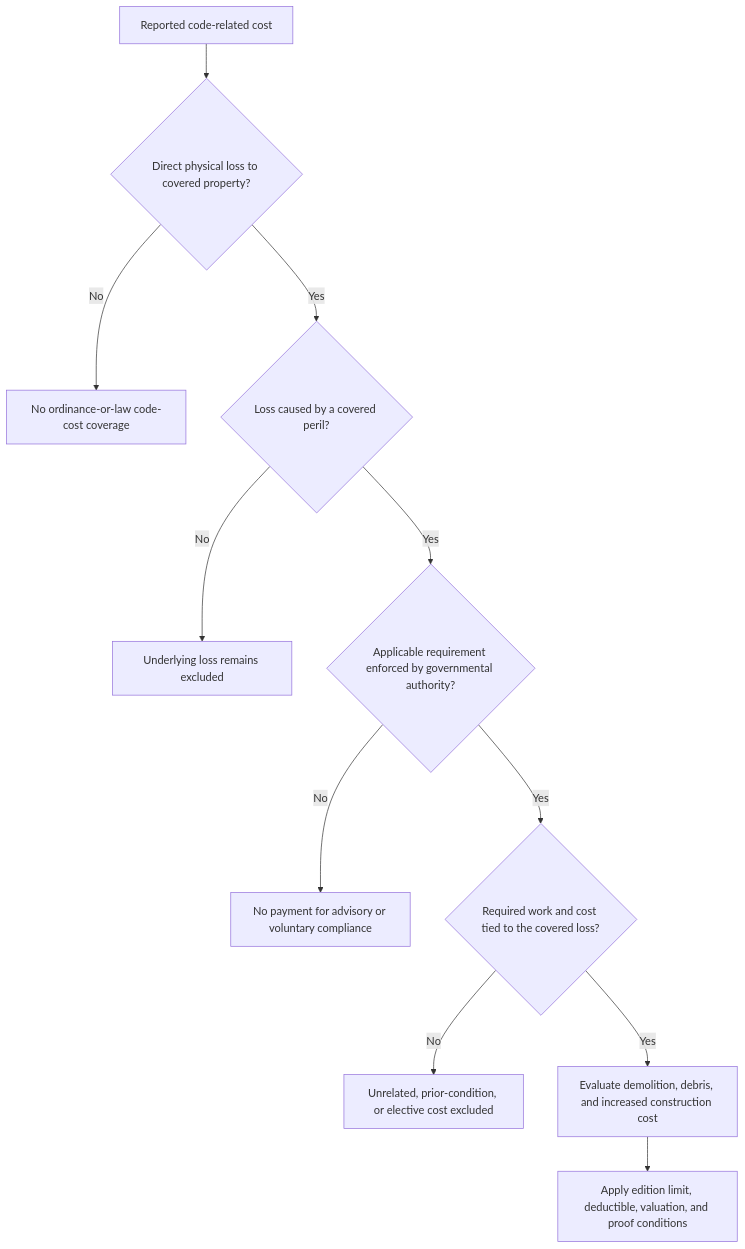
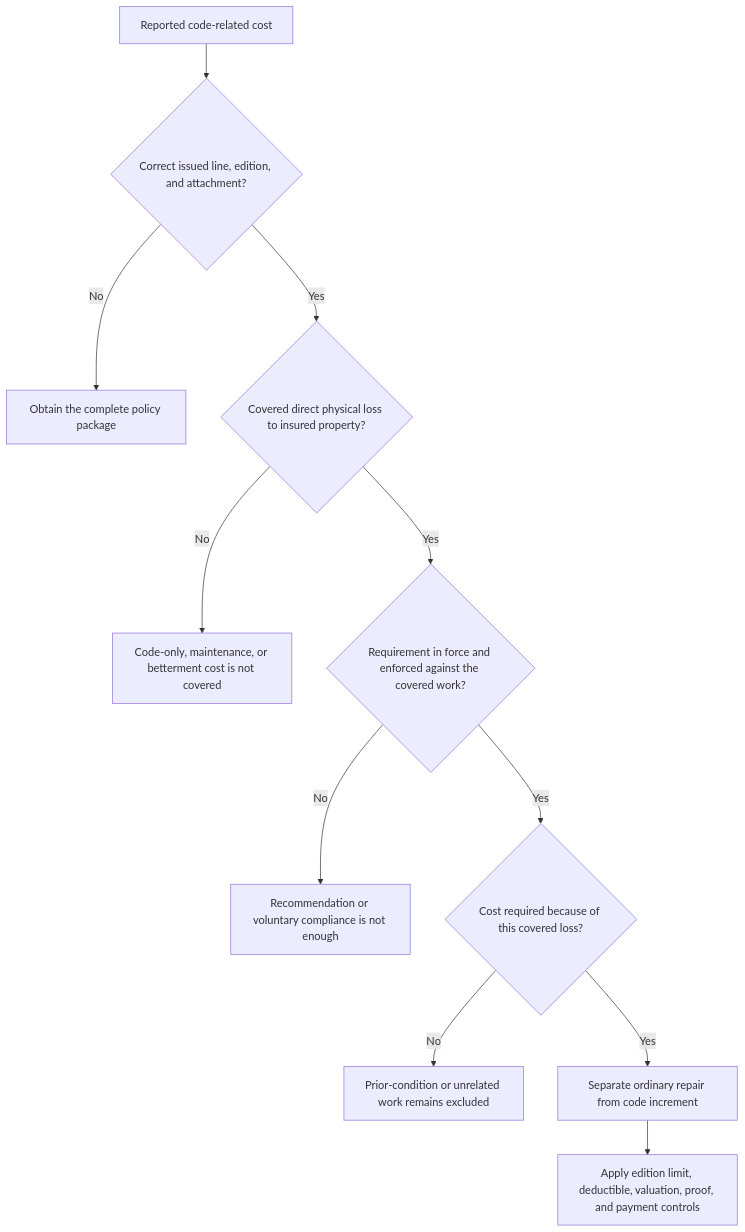
The diagram in openwiki/coverage/conditions/ordinance-law.md (eugeneliu-86/openwiki-insurance-corpus), drawn with Mermaid before and after one commit. The commit also changed other lines of this file and 109 other files, not shown here.

````diff
--- a/openwiki/coverage/conditions/ordinance-law.md
+++ b/openwiki/coverage/conditions/ordinance-law.md
@@ -39,13 +45,13 @@
 ```mermaid
 flowchart TD
-    start["Reported code-related cost"] --> physical{"Direct physical loss to covered property?"}
-    physical -->|"No"| noPhysical["No ordinance-or-law code-cost coverage"]
-    physical -->|"Yes"| peril{"Loss caused by a covered peril?"}
-    peril -->|"No"| noPeril["Underlying loss remains excluded"]
-    peril -->|"Yes"| enforcement{"Applicable requirement enforced by governmental authority?"}
-    enforcement -->|"No"| noEnforcement["No payment for advisory or voluntary compliance"]
-    enforcement -->|"Yes"| work{"Required work and cost tied to the covered loss?"}
-    work -->|"No"| noWork["Unrelated, prior-condition, or elective cost excluded"]
-    work -->|"Yes"| covered["Evaluate demolition, debris, and increased construction cost"]
-    covered --> limit["Apply edition limit, deductible, valuation, and proof conditions"]
+    start["Reported code-related cost"] --> package{"Correct issued line, edition, and attachment?"}
+    package -->|"No"| uncertain["Obtain the complete policy package"]
+    package -->|"Yes"| physical{"Covered direct physical loss to insured property?"}
+    physical -->|"No"| noPhysical["Code-only, maintenance, or betterment cost is not covered"]
+    physical -->|"Yes"| authority{"Requirement in force and enforced against the covered work?"}
+    authority -->|"No"| noAuthority["Recommendation or voluntary compliance is not enough"]
+    authority -->|"Yes"| scope{"Cost required because of this covered loss?"}
+    scope -->|"No"| noScope["Prior-condition or unrelated work remains excluded"]
+    scope -->|"Yes"| allocate["Separate ordinary repair from code increment"]
+    allocate --> pay["Apply edition limit, deductible, valuation, proof, and payment controls"]
 ```
````
